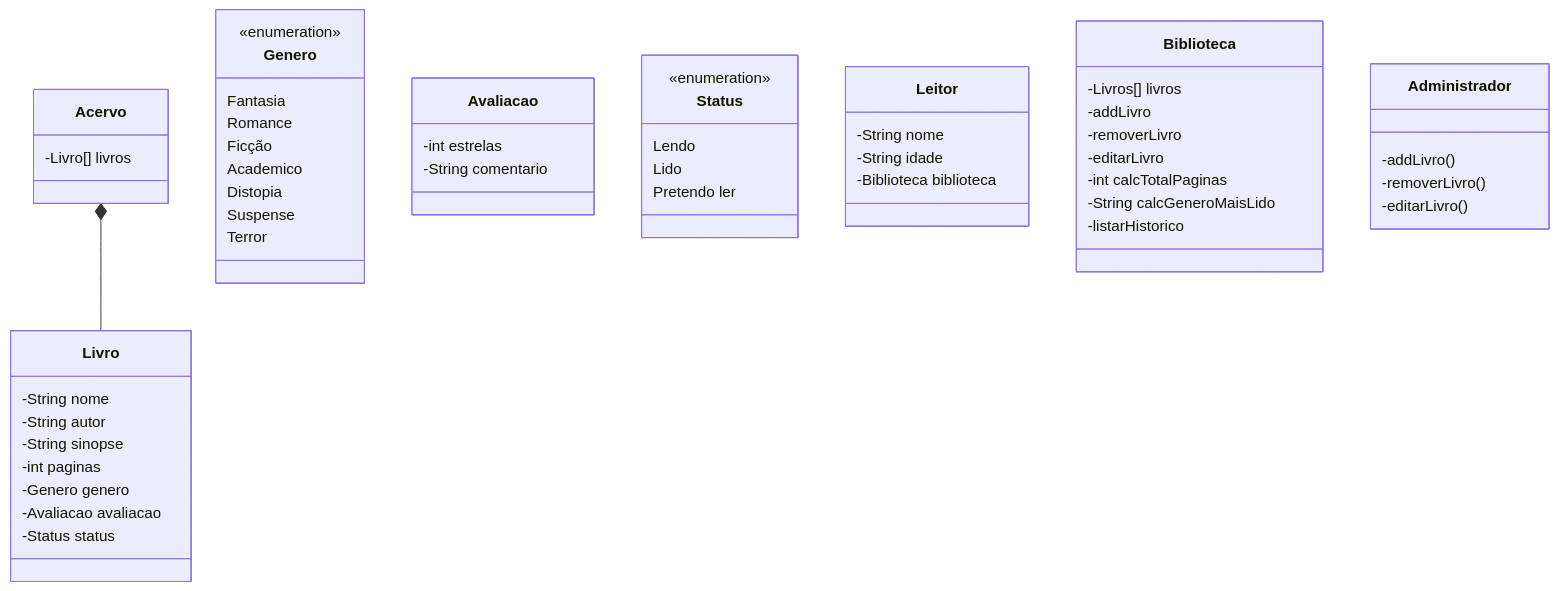
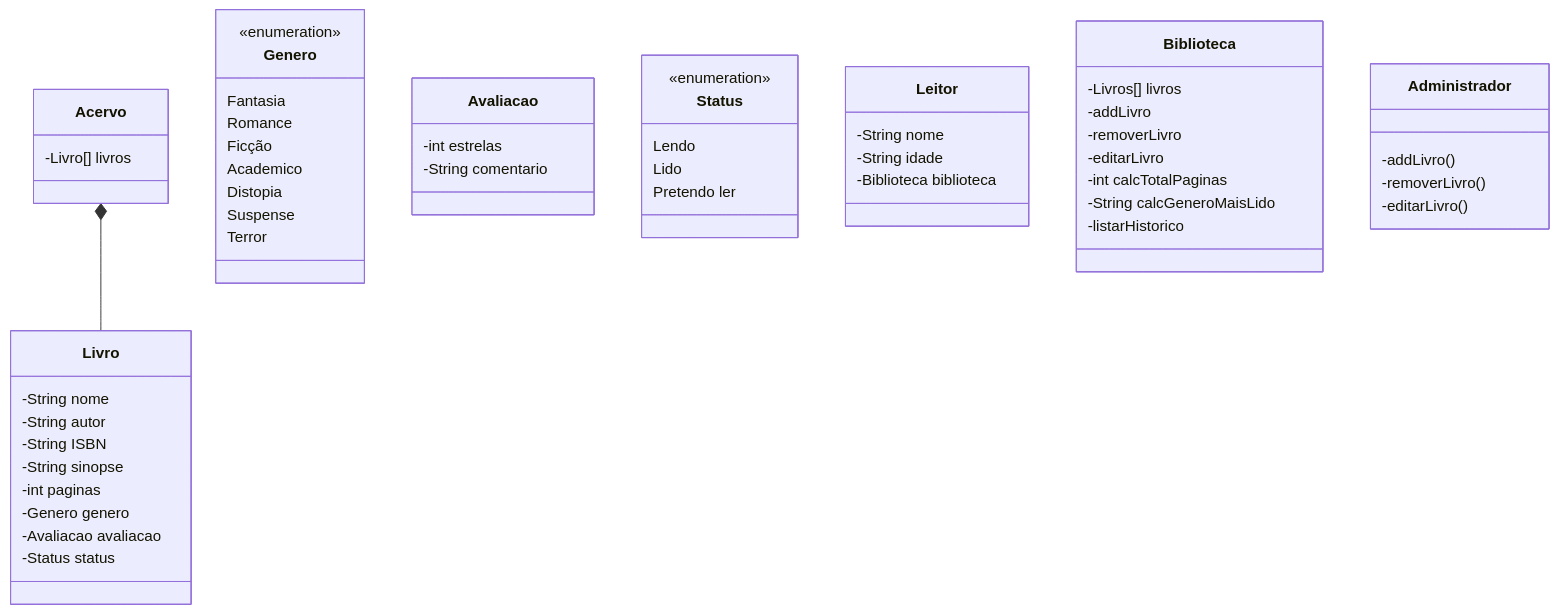
Before and after one commit to martins-joaopedro/DCC025-TrabalhoFinal: the diagram in README.md, drawn with Mermaid.

````diff
--- a/README.md
+++ b/README.md
@@ -4,73 +4,74 @@
 ``` mermaid
 classDiagram
 
 Acervo *-- Livro
 Biblioteca
  Leitor
 
 Livro
 Biblioteca
 
 
 class Livro {
     -String nome
     -String autor
+    -String ISBN
     -String sinopse
     -int paginas
     -Genero genero 
     -Avaliacao avaliacao
     -Status status
 }
 
 class Genero {
     <<enumeration>>
     Fantasia
     Romance
     Ficção
     Academico
     Distopia
     Suspense
     Terror
 }
 
 class Acervo {
     -Livro[] livros
 }
 
 class Avaliacao {
     -int estrelas
     -String comentario
 }
 
 class Status {
     <<enumeration>>
     Lendo
     Lido
     Pretendo ler
 }
 
 class Leitor {
     -String nome
     -String idade
     -Biblioteca biblioteca
 }
 
 class Biblioteca {
     -Livros[] livros
 
     -addLivro
     -removerLivro
     -editarLivro
 
     -int calcTotalPaginas
     -String calcGeneroMaisLido
     -listarHistorico
 }
 
 class Administrador {
     -addLivro()
     -removerLivro()
     -editarLivro()
 }
 
 ```
````
